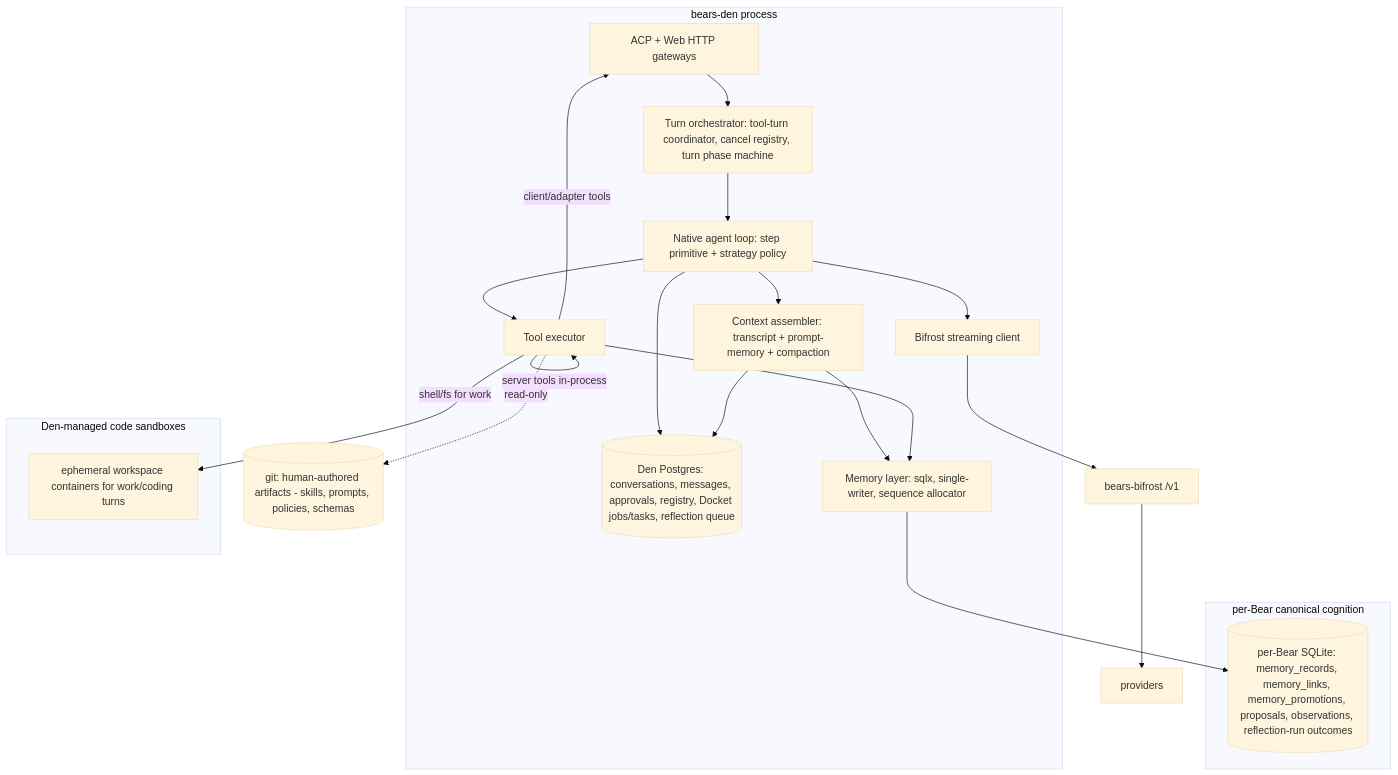
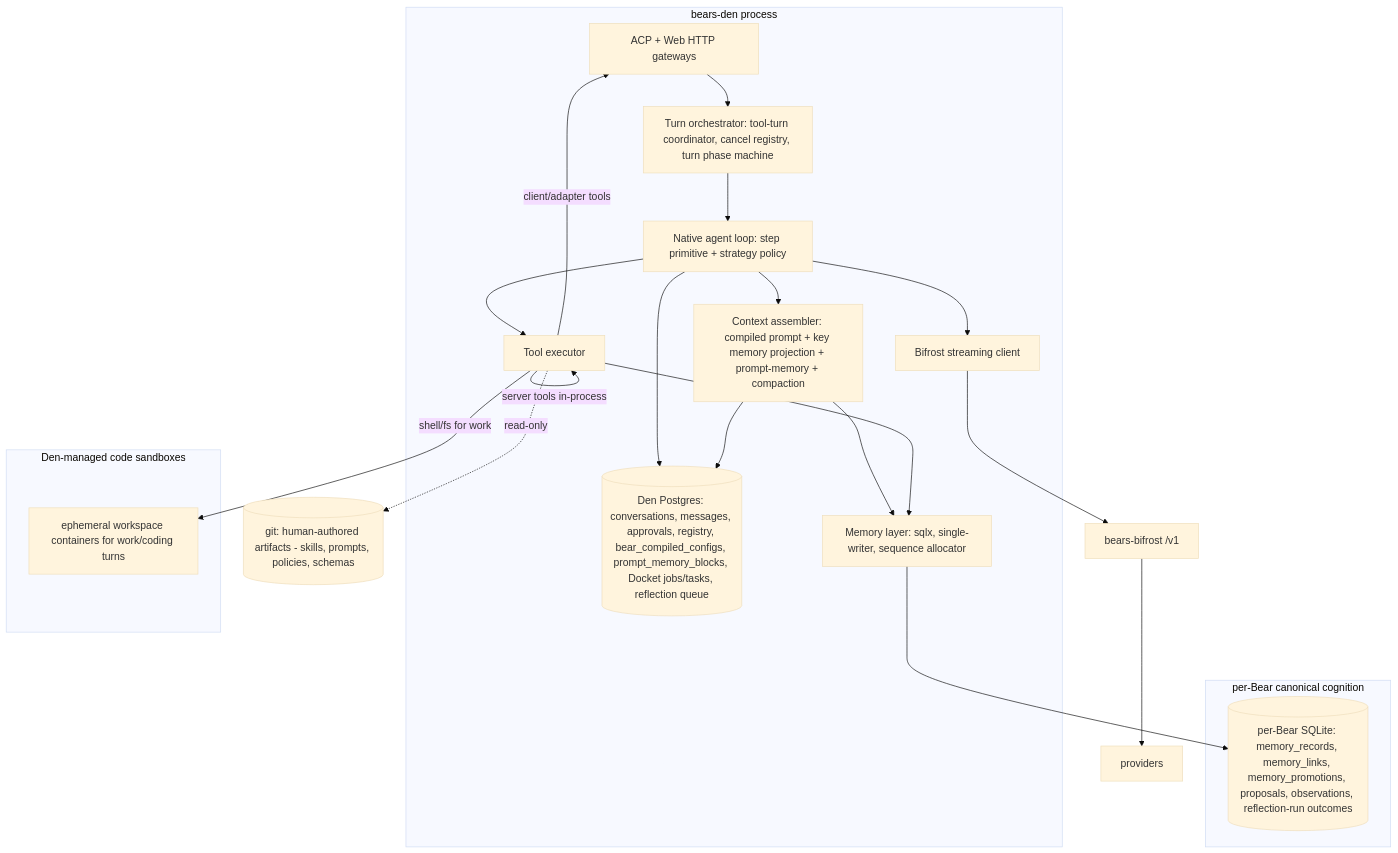
Before and after one commit to TheArtificial/BEARS: the diagram in docs/architecture/den-native-runtime.md, drawn with Mermaid (base theme). The commit also changed other lines of this file and 4 other files, not shown here.

First line of the commit message:
Document native turn context: compiled prompts and key memory projection.

````diff
--- a/docs/architecture/den-native-runtime.md
+++ b/docs/architecture/den-native-runtime.md
@@ -31,34 +31,34 @@
 ```mermaid
 flowchart TB
   subgraph DenProc [bears-den process]
     GW[ACP + Web HTTP gateways]
     ORCH[Turn orchestrator: tool-turn coordinator, cancel registry, turn phase machine]
     LOOP[Native agent loop: step primitive + strategy policy]
-    CTX[Context assembler: transcript + prompt-memory + compaction]
+    CTX[Context assembler: compiled prompt + key memory projection + prompt-memory + compaction]
     MEM[Memory layer: sqlx, single-writer, sequence allocator]
     TOOLS[Tool executor]
     LLM[Bifrost streaming client]
-    PG[(Den Postgres: conversations, messages, approvals, registry, Docket jobs/tasks, reflection queue)]
+    PG[(Den Postgres: conversations, messages, approvals, registry, bear_compiled_configs, prompt_memory_blocks, Docket jobs/tasks, reflection queue)]
     GW --> ORCH --> LOOP
     LOOP --> CTX
     LOOP --> LLM
     LOOP --> TOOLS
     LOOP --> PG
     CTX --> PG
     CTX --> MEM
     TOOLS --> MEM
   end
   subgraph Sandbox [Den-managed code sandboxes]
     SBX[ephemeral workspace containers for work/coding turns]
   end
   subgraph BearState [per-Bear canonical cognition]
     SQLITE[(per-Bear SQLite: memory_records, memory_links, memory_promotions, proposals, observations, reflection-run outcomes)]
   end
   GIT[(git: human-authored artifacts - skills, prompts, policies, schemas)]
   TOOLS -->|server tools in-process| TOOLS
   TOOLS -->|client/adapter tools| GW
   TOOLS -->|shell/fs for work| SBX
   LLM --> BIF[bears-bifrost /v1] --> PROV[providers]
   MEM --> SQLITE
   TOOLS -.read-only.-> GIT
 ```
````
